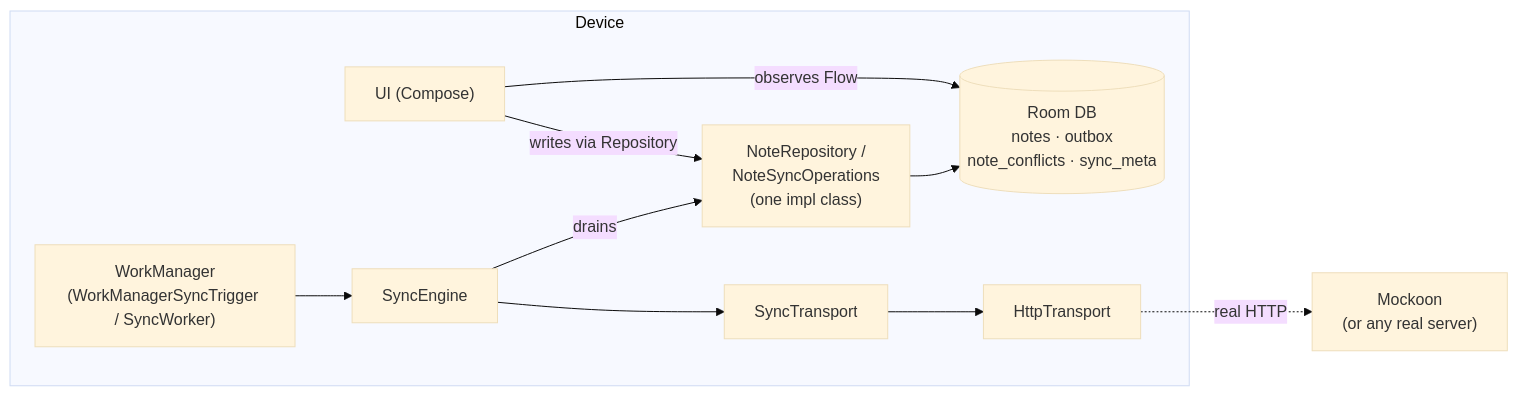
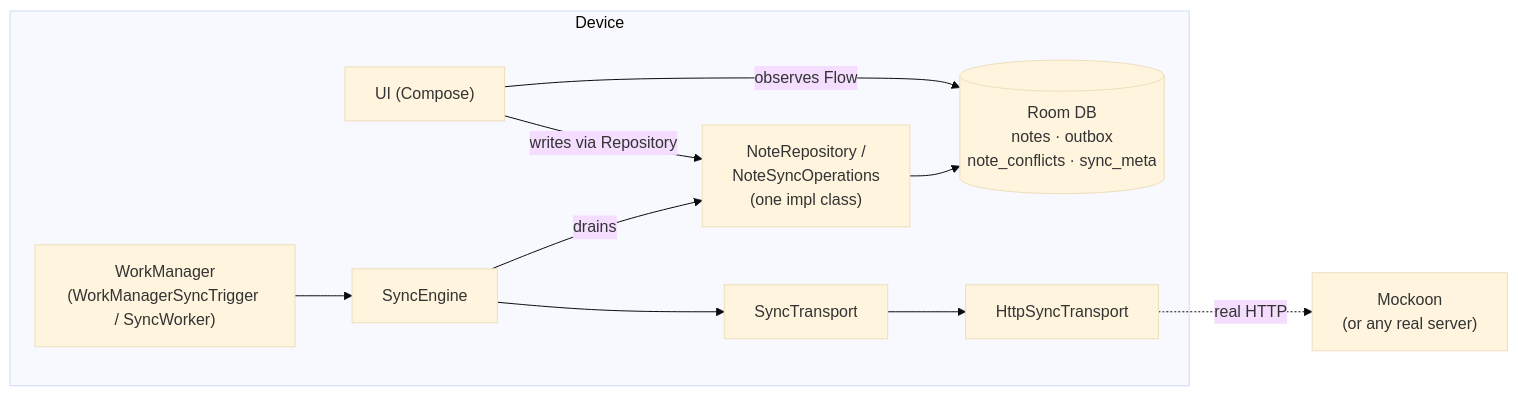
One commit to savvasg28/offline-notes changed the first of 4 diagrams in README.md. Above: the diagram before and after it, drawn with Mermaid (base theme). The commit also changed other lines of this file and 12 other files, not shown here.

````diff
--- a/README.md
+++ b/README.md
@@ -34,15 +34,15 @@
 ```mermaid
 flowchart LR
     subgraph Device
         UI["UI (Compose)"] -- "writes via Repository" --> Repo
         Repo["NoteRepository /\nNoteSyncOperations\n(one impl class)"]
         Room[("Room DB\nnotes · outbox\nnote_conflicts · sync_meta")]
         UI -- "observes Flow" --> Room
         Repo --> Room
         Engine["SyncEngine"] -- "drains" --> Repo
         Work["WorkManager\n(WorkManagerSyncTrigger / SyncWorker)"] --> Engine
         Engine --> Transport["SyncTransport"]
-        Transport --> Http["HttpTransport"]
+        Transport --> Http["HttpSyncTransport"]
     end
     Http -. "real HTTP" .-> Backend["Mockoon\n(or any real server)"]
 ```
````
